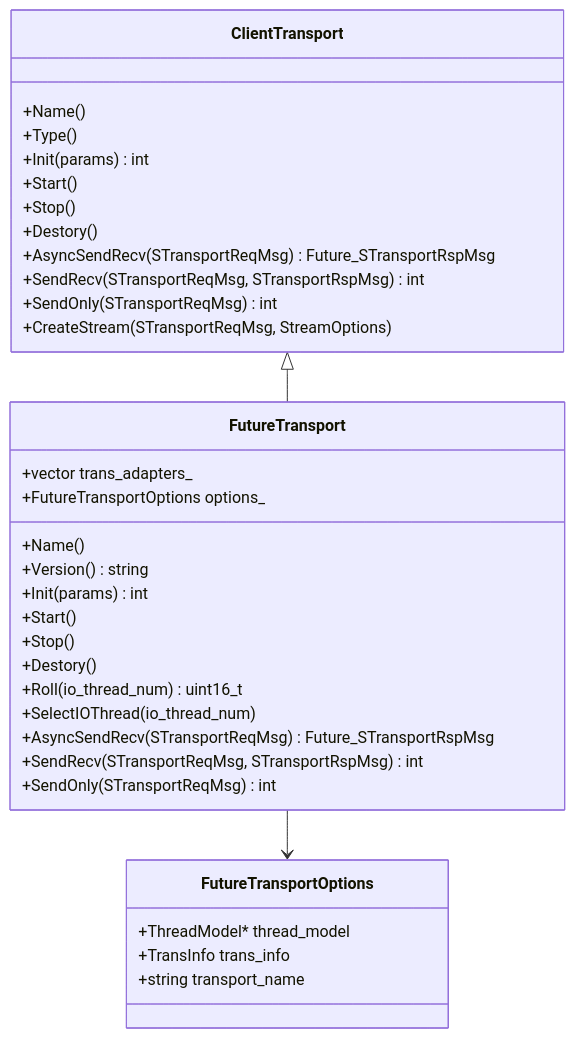
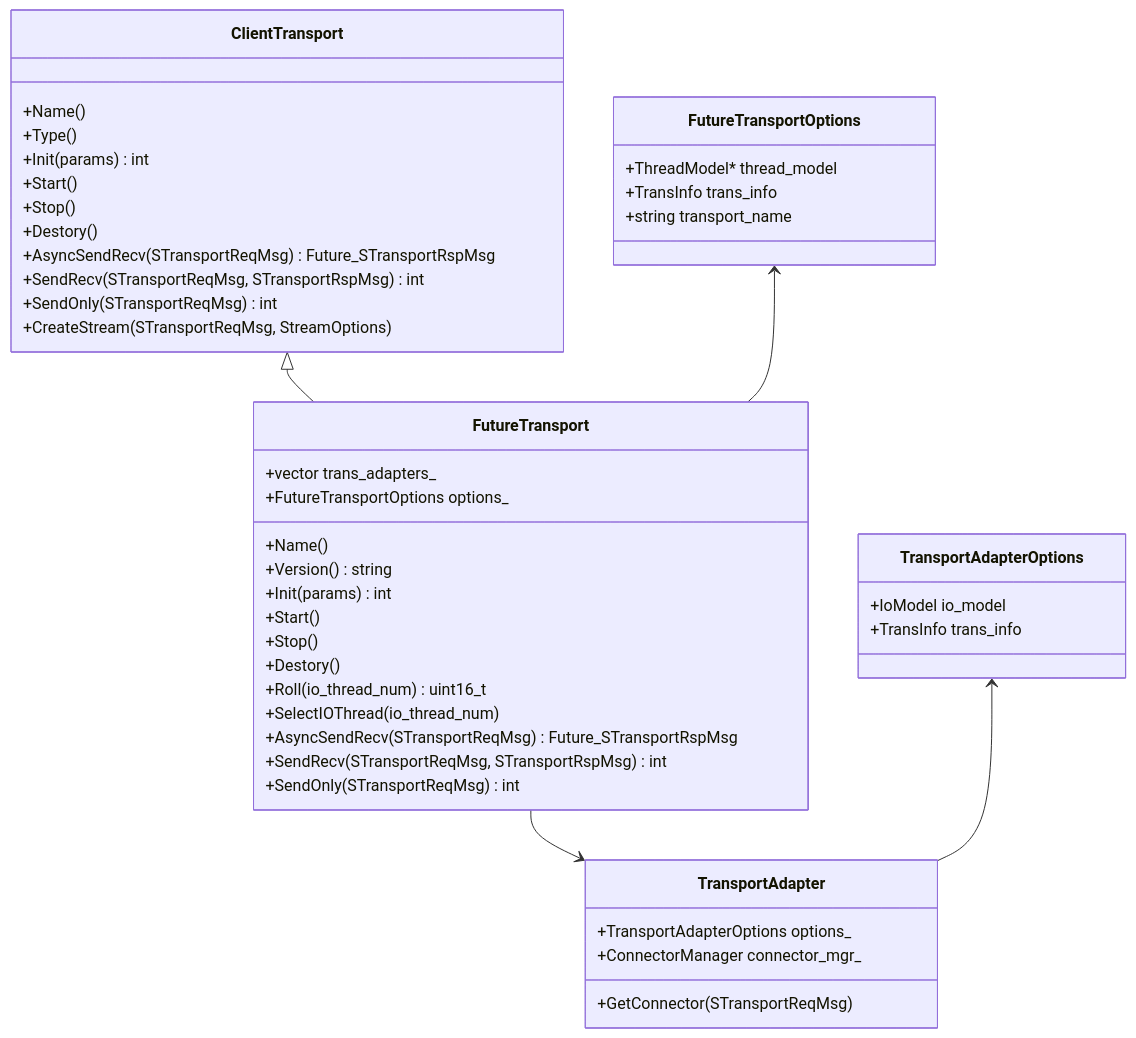
One commit to lsj9383/blog changed the diagram in posts/xrpc/xrpc-transport/client-transport.md. Above: the diagram before and after it, drawn with Mermaid. The commit also changed other lines of this file, not shown here.

````diff
--- a/posts/xrpc/xrpc-transport/client-transport.md
+++ b/posts/xrpc/xrpc-transport/client-transport.md
@@ -35,41 +36,54 @@
 ```mermaid
 classDiagram
 
 ClientTransport <|-- FutureTransport
-FutureTransport --> FutureTransportOptions
+FutureTransportOptions <-- FutureTransport
+FutureTransport --> TransportAdapter
+TransportAdapterOptions <-- TransportAdapter
 
 class ClientTransport {
-    +Name()
-    +Type()
-    +Init(params) int
-    +Start()
-    +Stop()
-    +Destory()
-    +AsyncSendRecv(STransportReqMsg) Future_STransportRspMsg
-    +SendRecv(STransportReqMsg, STransportRspMsg) int
-    +SendOnly(STransportReqMsg) int
-    +CreateStream(STransportReqMsg, StreamOptions)
+  +Name()
+  +Type()
+  +Init(params) int
+  +Start()
+  +Stop()
+  +Destory()
+  +AsyncSendRecv(STransportReqMsg) Future_STransportRspMsg
+  +SendRecv(STransportReqMsg, STransportRspMsg) int
+  +SendOnly(STransportReqMsg) int
+  +CreateStream(STransportReqMsg, StreamOptions)
 }
 
 class FutureTransport {
-    +vector<TransportAdapter*> trans_adapters_
-    +FutureTransportOptions options_
-    +Name()
-    +Version() string
-    +Init(params) int
-    +Start()
-    +Stop()
-    +Destory()
-    +Roll(io_thread_num) uint16_t
-    +SelectIOThread(io_thread_num)
-    +AsyncSendRecv(STransportReqMsg) Future_STransportRspMsg
-    +SendRecv(STransportReqMsg, STransportRspMsg) int
-    +SendOnly(STransportReqMsg) int
+  +vector<TransportAdapter*> trans_adapters_
+  +FutureTransportOptions options_
+  +Name()
+  +Version() string
+  +Init(params) int
+  +Start()
+  +Stop()
+  +Destory()
+  +Roll(io_thread_num) uint16_t
+  +SelectIOThread(io_thread_num)
+  +AsyncSendRecv(STransportReqMsg) Future_STransportRspMsg
+  +SendRecv(STransportReqMsg, STransportRspMsg) int
+  +SendOnly(STransportReqMsg) int
 }
 
 class FutureTransportOptions {
-    +ThreadModel* thread_model
-    +TransInfo trans_info
-    +string transport_name
+  +ThreadModel* thread_model
+  +TransInfo trans_info
+  +string transport_name
+}
+
+class TransportAdapter {
+  +TransportAdapterOptions options_
+  +ConnectorManager connector_mgr_
+  +GetConnector(STransportReqMsg)
+}
+
+class TransportAdapterOptions {
+  +IoModel io_model
+  +TransInfo trans_info
 }
 ```
````
